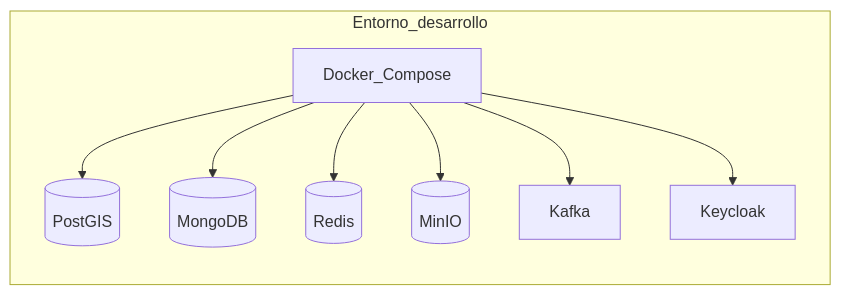
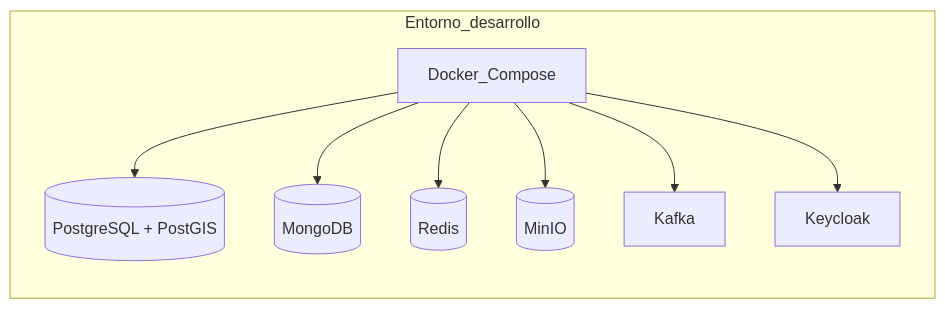
Before and after one commit to LIDR-academy/AI4Devs-finalproject: the seventh of 13 diagrams in readme.md, drawn with Mermaid. The commit also changed other lines of this file and 9 other files, not shown here.

````diff
--- a/readme.md
+++ b/readme.md
@@ -238,18 +270,18 @@
 ```mermaid
 flowchart LR
   subgraph dev [Entorno_desarrollo]
     DC[Docker_Compose]
-    PGd[(PostGIS)]
+    PGd[(PostgreSQL + PostGIS)]
     MGd[(MongoDB)]
     Rd[(Redis)]
     S3d[(MinIO)]
     Kd[Kafka]
     KCd[Keycloak]
   end
   DC --> PGd
   DC --> MGd
   DC --> Rd
   DC --> S3d
   DC --> Kd
   DC --> KCd
 ```
````
